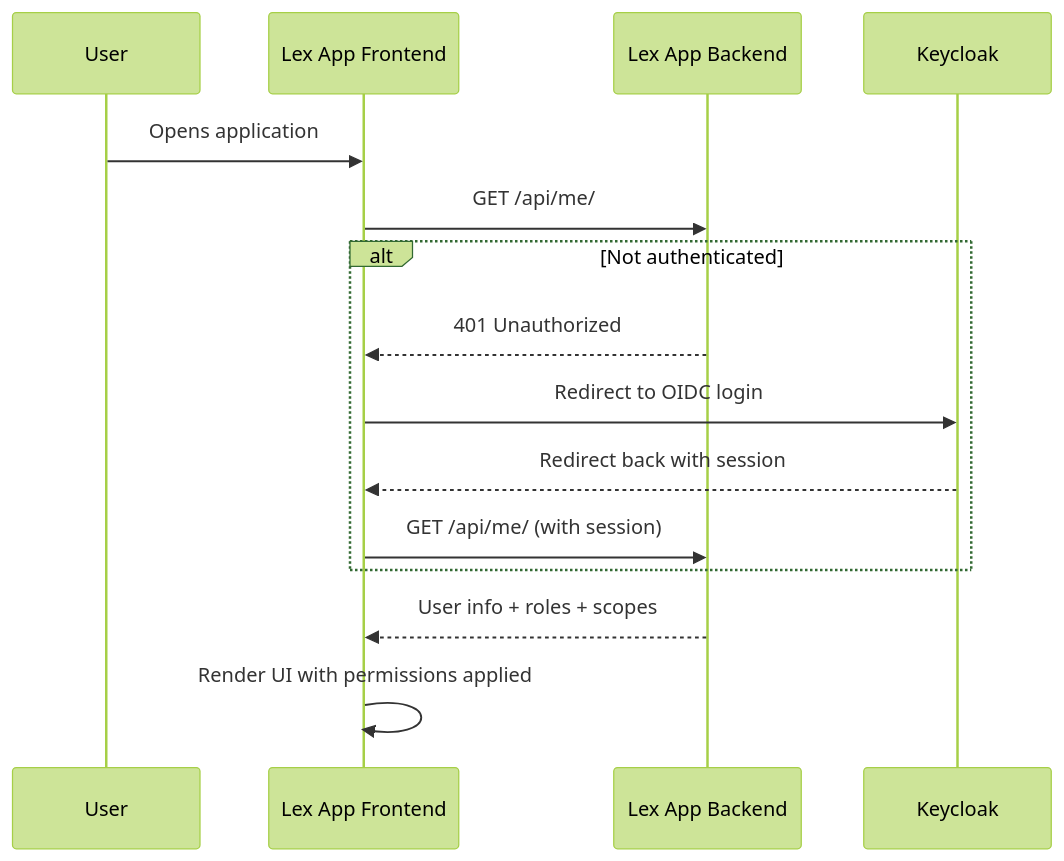
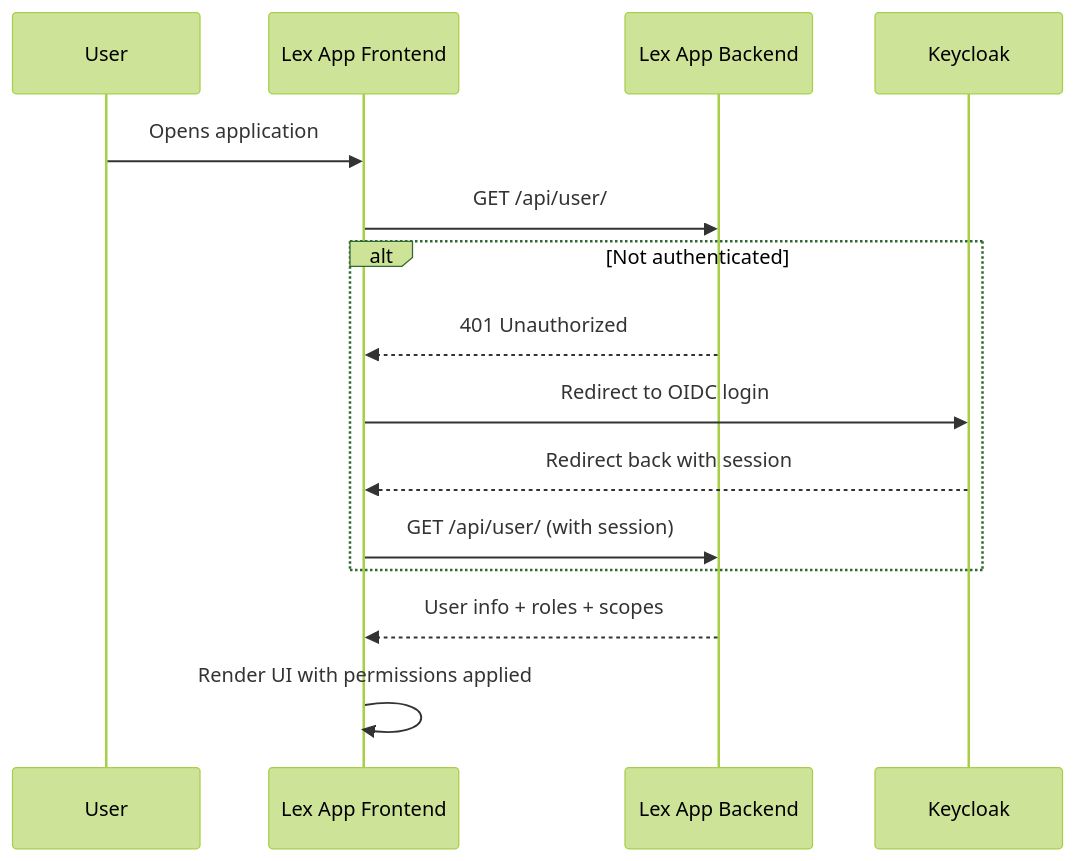
Before and after one commit to ExcellenceCloudGmbH/lex-app-docs: the diagram in content/features/access-and-ui/permissions.md, drawn with Mermaid (forest theme). The commit also changed other lines of this file and 3 other files, not shown here.

````diff
--- a/content/features/access-and-ui/permissions.md
+++ b/content/features/access-and-ui/permissions.md
@@ -141,18 +141,18 @@
 ```mermaid
 sequenceDiagram
     participant User
     participant App as Lex App Frontend
     participant API as Lex App Backend
     participant KC as Keycloak
 
     User->>App: Opens application
-    App->>API: GET /api/me/
+    App->>API: GET /api/user/
     alt Not authenticated
         API-->>App: 401 Unauthorized
         App->>KC: Redirect to OIDC login
         KC-->>App: Redirect back with session
-        App->>API: GET /api/me/ (with session)
+        App->>API: GET /api/user/ (with session)
     end
     API-->>App: User info + roles + scopes
     App->>App: Render UI with permissions applied
 ```
````
